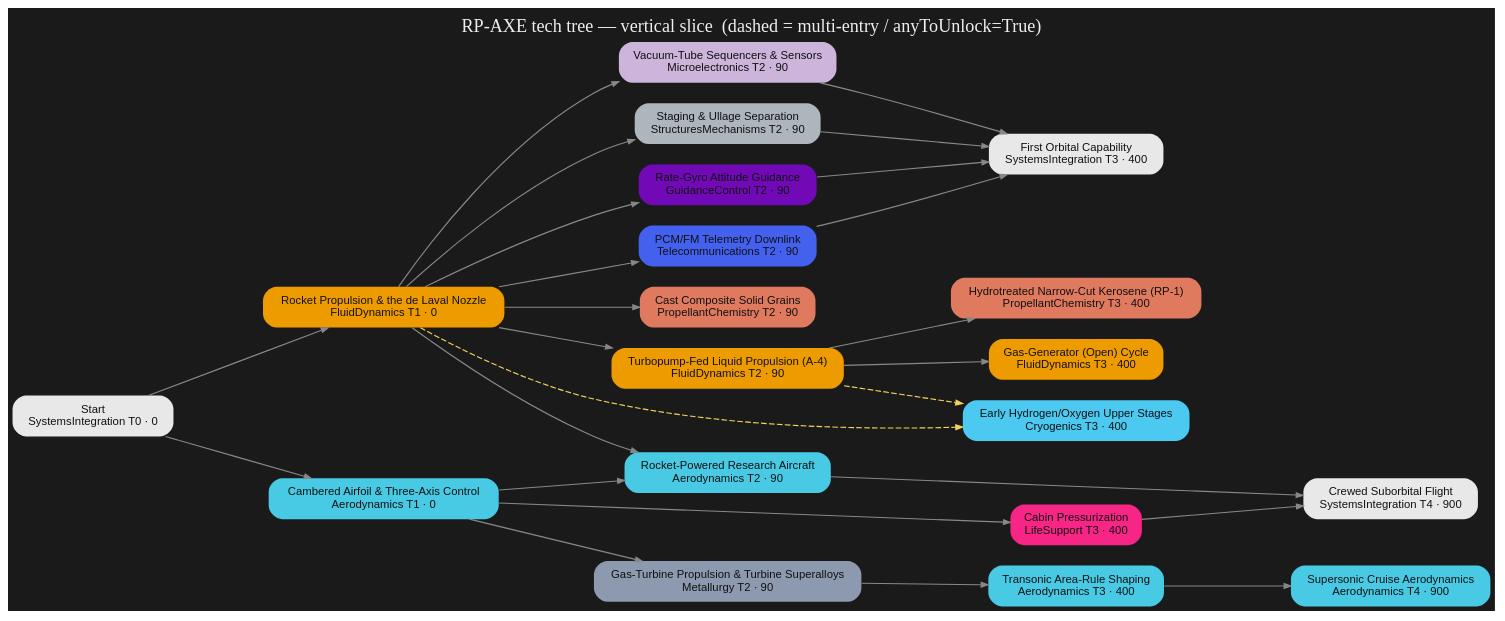
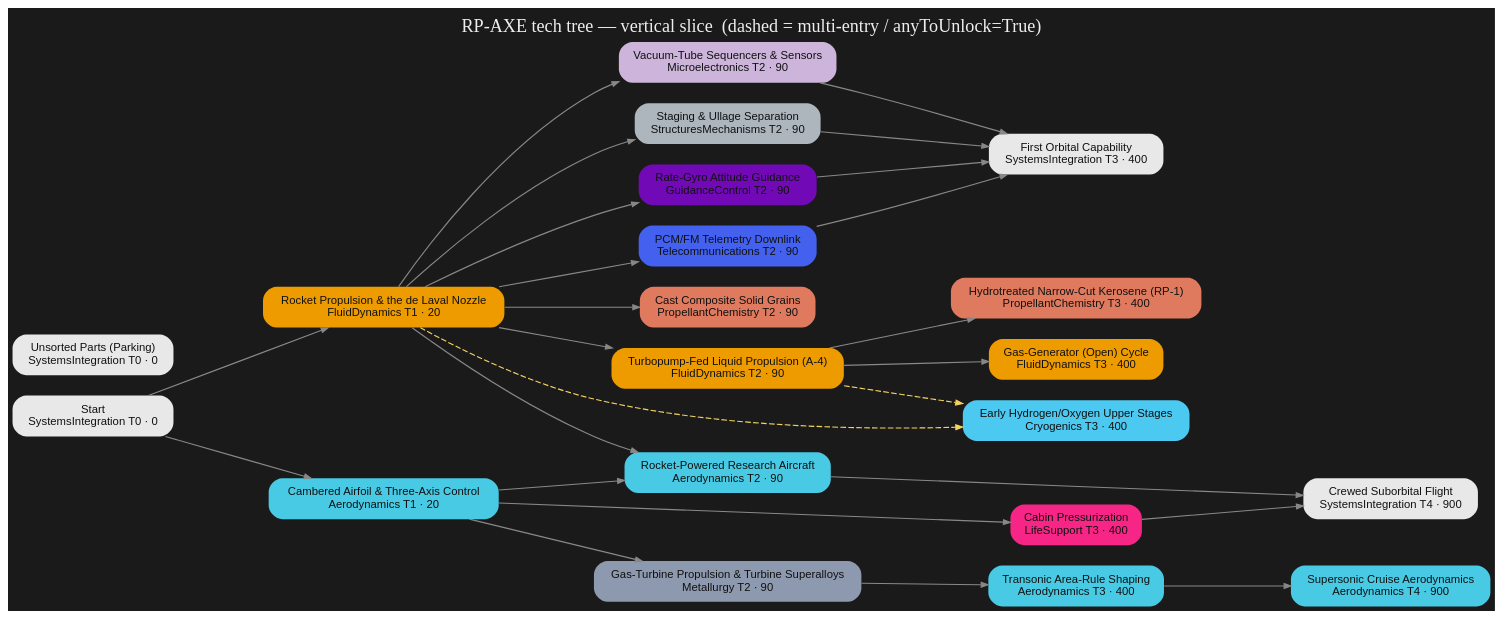
The diagram in tree/render/axe-tree.dot (miskoltrans/RP-AXE), drawn with Graphviz before and after one commit. The commit also changed 6 other files, not shown here.

```diff
--- a/tree/render/axe-tree.dot
+++ b/tree/render/axe-tree.dot
@@ -1,55 +1,56 @@
 digraph AXE {
   rankdir=LR; bgcolor="#1a1a1a"; nodesep=0.25; ranksep=1.1;
   node[shape=box,style="filled,rounded",fontname="Helvetica",fontsize=10,color="#00000000"];
   edge[color="#888888",arrowsize=0.6];
   "start" [label="Start\nSystemsIntegration T0 · 0",fillcolor="#e8e8e8",fontcolor="#111111"];
-  "rocketryStart" [label="Rocket Propulsion & the de Laval Nozzle\nFluidDynamics T1 · 0",fillcolor="#ee9b00",fontcolor="#111111"];
+  "parking" [label="Unsorted Parts (Parking)\nSystemsIntegration T0 · 0",fillcolor="#e8e8e8",fontcolor="#111111"];
+  "rocketryStart" [label="Rocket Propulsion & the de Laval Nozzle\nFluidDynamics T1 · 20",fillcolor="#ee9b00",fontcolor="#111111"];
   "fd_turbopumpLiquid" [label="Turbopump-Fed Liquid Propulsion (A-4)\nFluidDynamics T2 · 90",fillcolor="#ee9b00",fontcolor="#111111"];
   "pc_solidGrain" [label="Cast Composite Solid Grains\nPropellantChemistry T2 · 90",fillcolor="#e07a5f",fontcolor="#111111"];
   "pc_kerosene" [label="Hydrotreated Narrow-Cut Kerosene (RP-1)\nPropellantChemistry T3 · 400",fillcolor="#e07a5f",fontcolor="#111111"];
   "fd_gasGenerator" [label="Gas-Generator (Open) Cycle\nFluidDynamics T3 · 400",fillcolor="#ee9b00",fontcolor="#111111"];
   "cryo_earlyHydrolox" [label="Early Hydrogen/Oxygen Upper Stages\nCryogenics T3 · 400",fillcolor="#4cc9f0",fontcolor="#111111"];
   "str_stageSeparation" [label="Staging & Ullage Separation\nStructuresMechanisms T2 · 90",fillcolor="#adb5bd",fontcolor="#111111"];
   "gnc_earlyGuidance" [label="Rate-Gyro Attitude Guidance\nGuidanceControl T2 · 90",fillcolor="#7209b7",fontcolor="#111111"];
   "tel_pcmTelemetry" [label="PCM/FM Telemetry Downlink\nTelecommunications T2 · 90",fillcolor="#4361ee",fontcolor="#111111"];
   "mic_probeAvionics" [label="Vacuum-Tube Sequencers & Sensors\nMicroelectronics T2 · 90",fillcolor="#cdb4db",fontcolor="#111111"];
   "int_firstOrbit" [label="First Orbital Capability\nSystemsIntegration T3 · 400",fillcolor="#e8e8e8",fontcolor="#111111"];
-  "xplaneStart" [label="Cambered Airfoil & Three-Axis Control\nAerodynamics T1 · 0",fillcolor="#48cae4",fontcolor="#111111"];
+  "xplaneStart" [label="Cambered Airfoil & Three-Axis Control\nAerodynamics T1 · 20",fillcolor="#48cae4",fontcolor="#111111"];
   "met_turbojet" [label="Gas-Turbine Propulsion & Turbine Superalloys\nMetallurgy T2 · 90",fillcolor="#8d99ae",fontcolor="#111111"];
   "aero_transonicFlight" [label="Transonic Area-Rule Shaping\nAerodynamics T3 · 400",fillcolor="#48cae4",fontcolor="#111111"];
   "aero_supersonicCruise" [label="Supersonic Cruise Aerodynamics\nAerodynamics T4 · 900",fillcolor="#48cae4",fontcolor="#111111"];
   "aero_rocketplane" [label="Rocket-Powered Research Aircraft\nAerodynamics T2 · 90",fillcolor="#48cae4",fontcolor="#111111"];
   "life_pressurizedCabin" [label="Cabin Pressurization\nLifeSupport T3 · 400",fillcolor="#f72585",fontcolor="#111111"];
   "int_crewedSuborbital" [label="Crewed Suborbital Flight\nSystemsIntegration T4 · 900",fillcolor="#e8e8e8",fontcolor="#111111"];
-  { rank=same; "start" }
+  { rank=same; "start" "parking" }
   { rank=same; "rocketryStart" "xplaneStart" }
   { rank=same; "fd_turbopumpLiquid" "pc_solidGrain" "str_stageSeparation" "gnc_earlyGuidance" "tel_pcmTelemetry" "mic_probeAvionics" "met_turbojet" "aero_rocketplane" }
   { rank=same; "pc_kerosene" "fd_gasGenerator" "cryo_earlyHydrolox" "int_firstOrbit" "aero_transonicFlight" "life_pressurizedCabin" }
   { rank=same; "aero_supersonicCruise" "int_crewedSuborbital" }
   "start" -> "rocketryStart" [style=solid];
   "rocketryStart" -> "fd_turbopumpLiquid" [style=solid];
   "rocketryStart" -> "pc_solidGrain" [style=solid];
   "fd_turbopumpLiquid" -> "pc_kerosene" [style=solid];
   "fd_turbopumpLiquid" -> "fd_gasGenerator" [style=solid];
   "rocketryStart" -> "cryo_earlyHydrolox" [style=dashed,color="#f4d35e"];
   "fd_turbopumpLiquid" -> "cryo_earlyHydrolox" [style=dashed,color="#f4d35e"];
   "rocketryStart" -> "str_stageSeparation" [style=solid];
   "rocketryStart" -> "gnc_earlyGuidance" [style=solid];
   "rocketryStart" -> "tel_pcmTelemetry" [style=solid];
   "rocketryStart" -> "mic_probeAvionics" [style=solid];
   "str_stageSeparation" -> "int_firstOrbit" [style=solid];
   "gnc_earlyGuidance" -> "int_firstOrbit" [style=solid];
   "tel_pcmTelemetry" -> "int_firstOrbit" [style=solid];
   "mic_probeAvionics" -> "int_firstOrbit" [style=solid];
   "start" -> "xplaneStart" [style=solid];
   "xplaneStart" -> "met_turbojet" [style=solid];
   "met_turbojet" -> "aero_transonicFlight" [style=solid];
   "aero_transonicFlight" -> "aero_supersonicCruise" [style=solid];
   "xplaneStart" -> "aero_rocketplane" [style=solid];
   "rocketryStart" -> "aero_rocketplane" [style=solid];
   "xplaneStart" -> "life_pressurizedCabin" [style=solid];
   "aero_rocketplane" -> "int_crewedSuborbital" [style=solid];
   "life_pressurizedCabin" -> "int_crewedSuborbital" [style=solid];
   labelloc="t"; fontcolor="#eeeeee"; fontsize=16;
   label="RP-AXE tech tree — vertical slice  (dashed = multi-entry / anyToUnlock=True)";
 }
```
